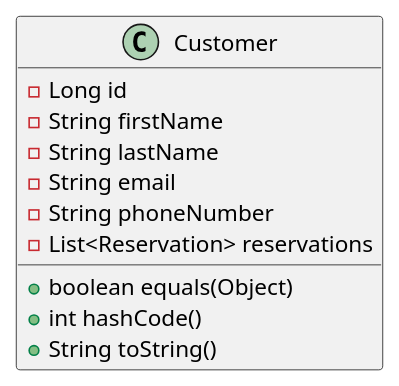
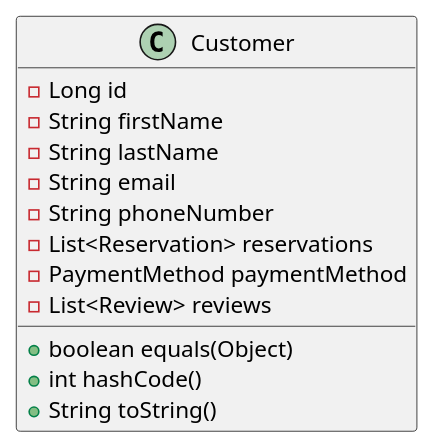
Before and after one commit to kyklospi/eatery: the diagram in diagram/customer.puml, drawn with PlantUML. The commit also changed 9 other files, not shown here.

Commit message:
update diagrams

```diff
--- a/diagram/customer.puml
+++ b/diagram/customer.puml
@@ -1,13 +1,15 @@
 @startuml
 class Customer {
 - Long id
 - String firstName
 - String lastName
 - String email
 - String phoneNumber
 - List<Reservation> reservations
+- PaymentMethod paymentMethod
+- List<Review> reviews
 + boolean equals(Object)
 + int hashCode()
 + String toString()
 }
 @enduml
```
